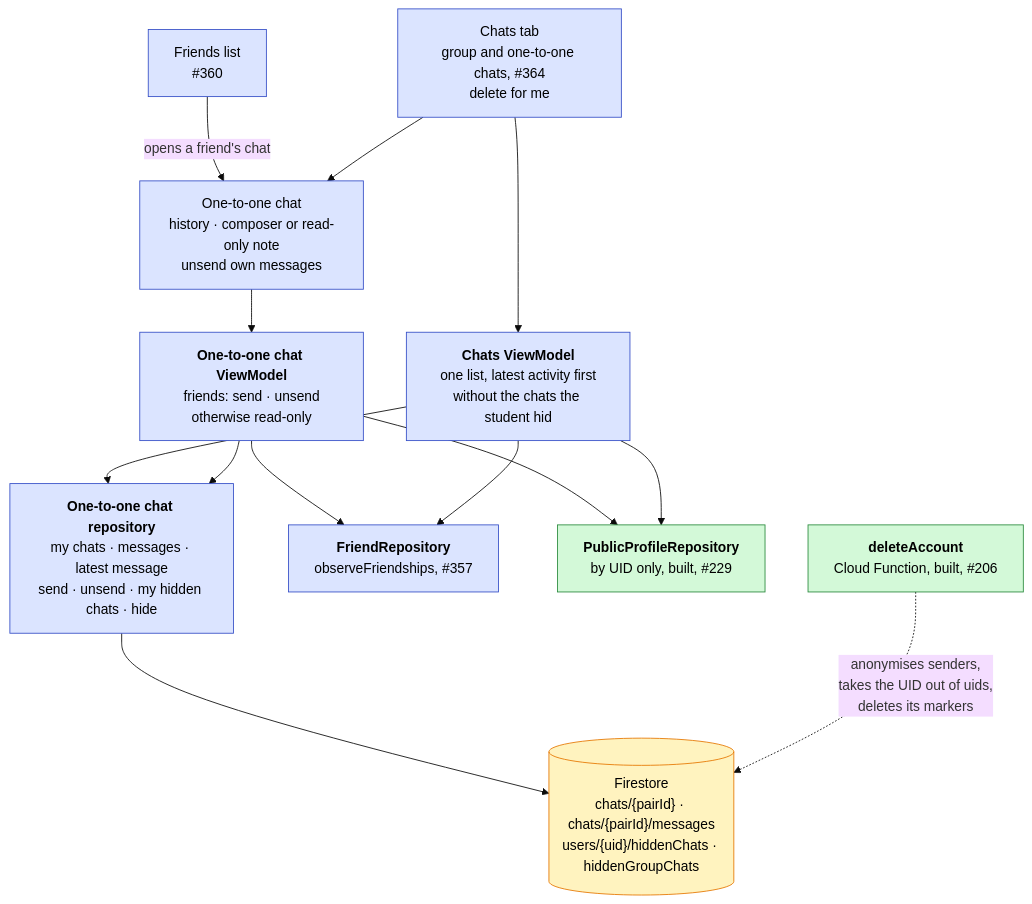
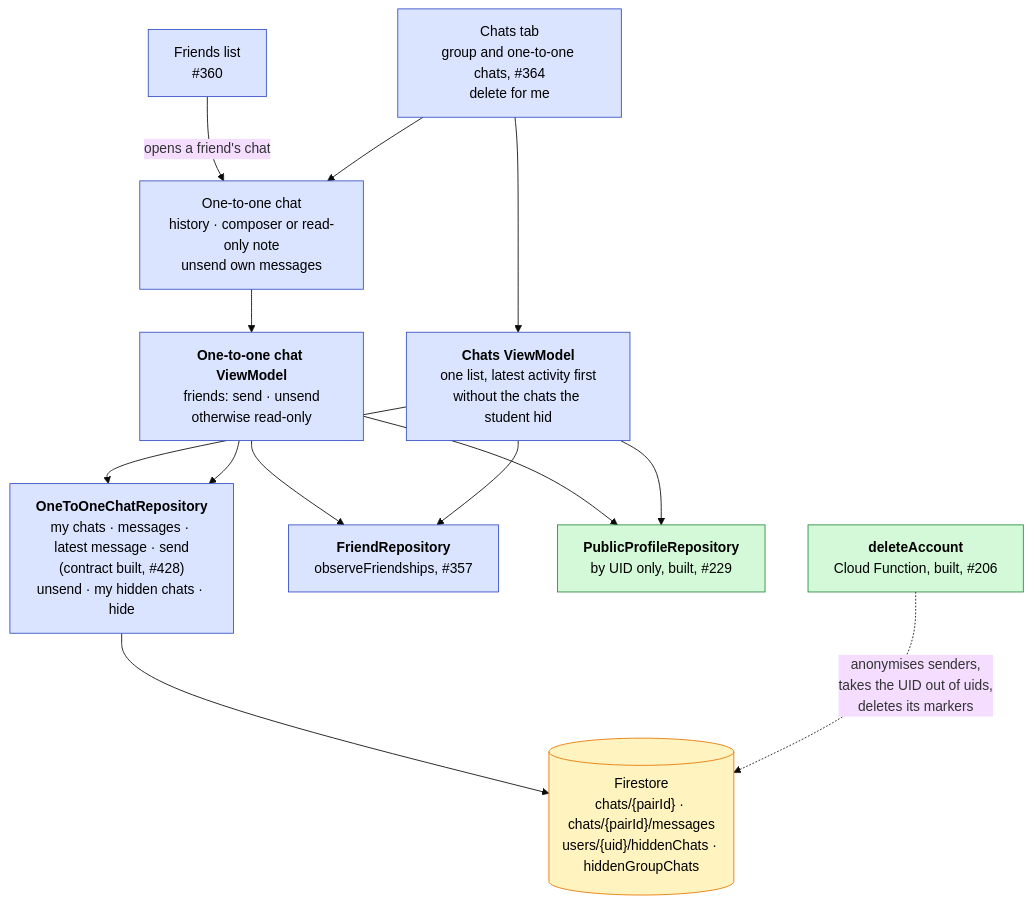
The eighth of 16 diagrams in docs/Architecture-Diagram.md (swent-polysocial/PolySocial), drawn with Mermaid (base theme) before and after one commit. The commit also changed other lines of this file and 1 other file, not shown here.

First line of the commit message:
docs: record the one-to-one chat contract

````diff
--- a/docs/Architecture-Diagram.md
+++ b/docs/Architecture-Diagram.md
@@ -344,19 +345,19 @@
 ```mermaid
 flowchart TB
   classDef pb fill:#dbe4ff,stroke:#364fc7,color:#000
   classDef ext fill:#fff3bf,stroke:#e67700,color:#000
   classDef s1 fill:#d3f9d8,stroke:#2b8a3e,color:#000
 
   tab["Chats tab<br/>group and one-to-one chats, #364<br/>delete for me"]:::pb --> tabVM["<b>Chats ViewModel</b><br/>one list, latest activity first<br/>without the chats the student hid"]:::pb
   friendsUi["Friends list<br/>#360"]:::pb -- "opens a friend's chat" --> chatS
   tab --> chatS["One-to-one chat<br/>history · composer or read-only note<br/>unsend own messages"]:::pb
   chatS --> chatVM["<b>One-to-one chat ViewModel</b><br/>friends: send · unsend<br/>otherwise read-only"]:::pb
-  tabVM --> repo["<b>One-to-one chat repository</b><br/>my chats · messages · latest message<br/>send · unsend · my hidden chats · hide"]:::pb
+  tabVM --> repo["<b>OneToOneChatRepository</b><br/>my chats · messages · latest message · send<br/>(contract built, #428)<br/>unsend · my hidden chats · hide"]:::pb
   chatVM --> repo
   chatVM --> friendRepo["<b>FriendRepository</b><br/>observeFriendships, #357"]:::pb
   tabVM --> friendRepo
   chatVM --> pub["<b>PublicProfileRepository</b><br/>by UID only, built, #229"]:::s1
   tabVM --> pub
   repo --> fs[("Firestore<br/>chats/{pairId} · chats/{pairId}/messages<br/>users/{uid}/hiddenChats · hiddenGroupChats")]:::ext
   delFn["<b>deleteAccount</b><br/>Cloud Function, built, #206"]:::s1 -. "anonymises senders,<br/>takes the UID out of uids,<br/>deletes its markers" .-> fs
 ```
````
